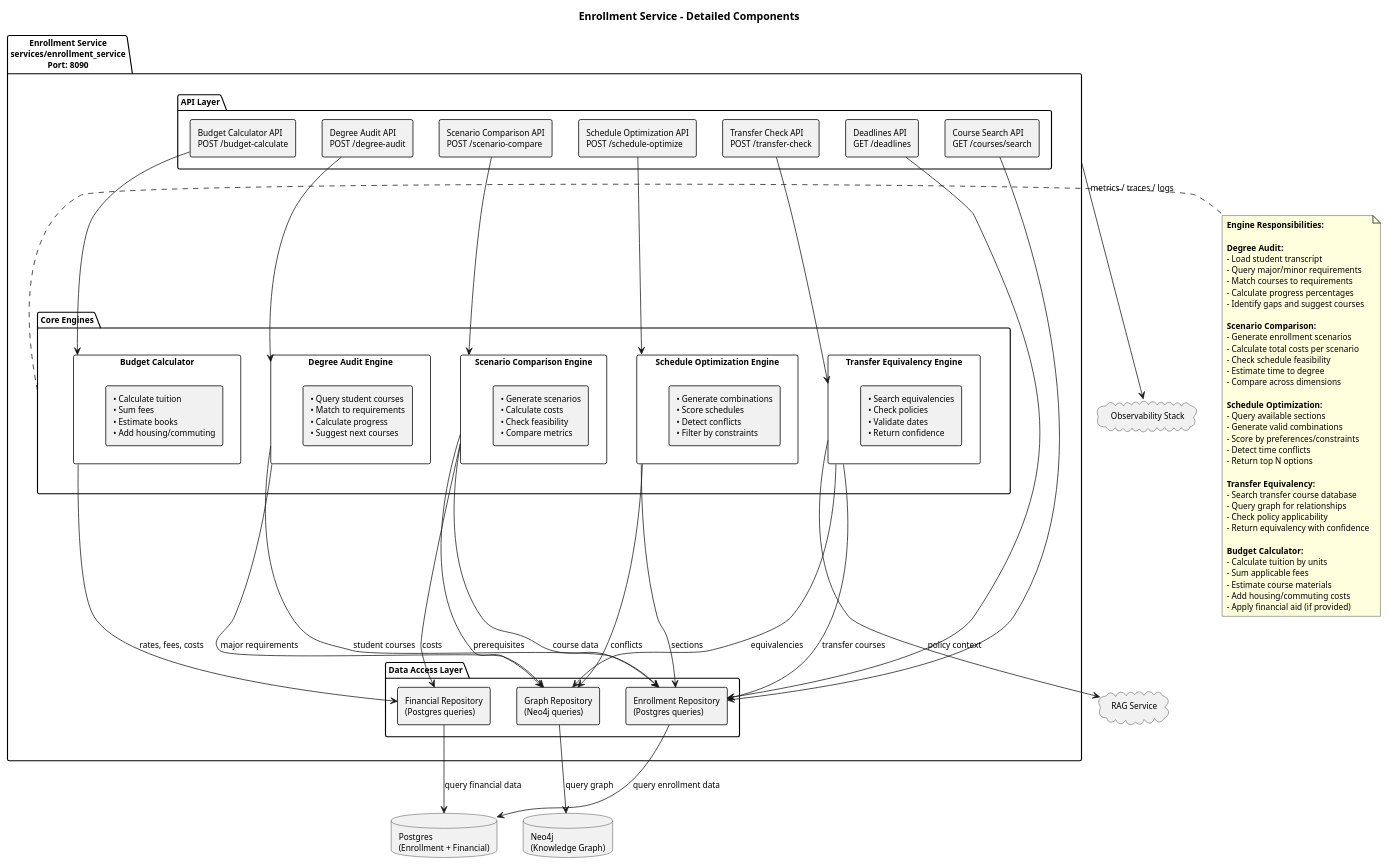
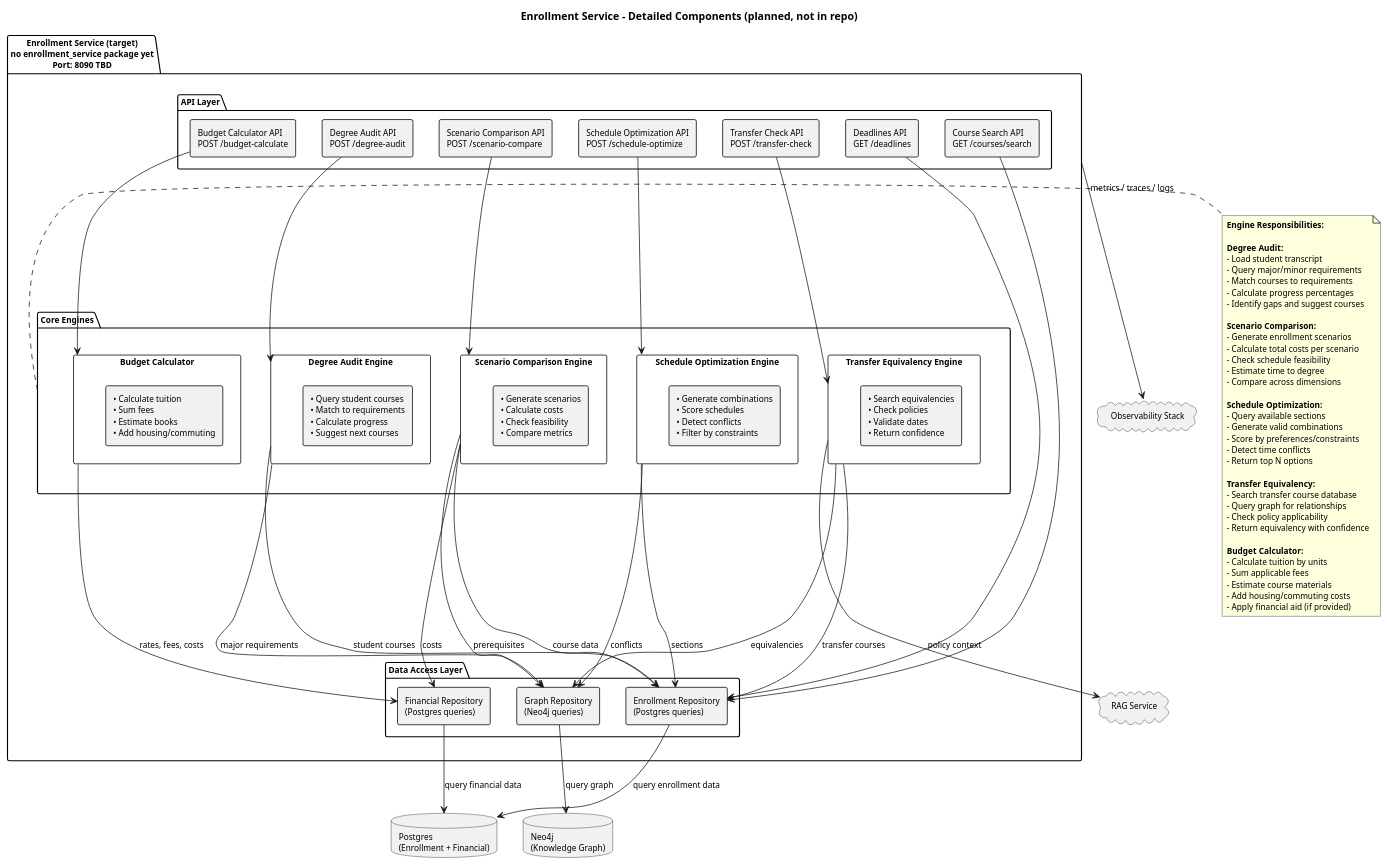
The diagram in docs/architecture/02_service/enrollment_service/A2_04_component_enrollment_service_detailed.puml (HenryNVP/enrollment-assistance), drawn with PlantUML before and after one commit. The commit also changed 42 other files, not shown here.

```diff
--- a/docs/architecture/02_service/enrollment_service/A2_04_component_enrollment_service_detailed.puml
+++ b/docs/architecture/02_service/enrollment_service/A2_04_component_enrollment_service_detailed.puml
@@ -1,127 +1,127 @@
 @startuml A2_04_component_enrollment_service_detailed
-title Enrollment Service – Detailed Components
+title Enrollment Service – Detailed Components (**planned**, not in repo)
 
 skinparam shadowing false
 skinparam defaultFontName Arial
 skinparam defaultFontSize 11
 skinparam rectangle {
   BorderColor #000000
   BorderThickness 1
 }
 
-package "Enrollment Service\nservices/enrollment_service\nPort: 8090" as ENROLLMENT_SERVICE {
+package "Enrollment Service (target)\nno enrollment_service package yet\nPort: 8090 TBD" as ENROLLMENT_SERVICE {
   
   package "API Layer" as API_LAYER {
     rectangle "Degree Audit API\nPOST /degree-audit" as DEGREE_API
     rectangle "Scenario Comparison API\nPOST /scenario-compare" as SCENARIO_API
     rectangle "Schedule Optimization API\nPOST /schedule-optimize" as SCHEDULE_API
     rectangle "Transfer Check API\nPOST /transfer-check" as TRANSFER_API
     rectangle "Budget Calculator API\nPOST /budget-calculate" as BUDGET_API
     rectangle "Course Search API\nGET /courses/search" as SEARCH_API
     rectangle "Deadlines API\nGET /deadlines" as DEADLINE_API
   }
   
   package "Core Engines" as ENGINES {
     rectangle "Degree Audit Engine" as DEGREE_ENGINE {
       rectangle "• Query student courses\n• Match to requirements\n• Calculate progress\n• Suggest next courses" as DEGREE_LOGIC
     }
     
     rectangle "Scenario Comparison Engine" as SCENARIO_ENGINE {
       rectangle "• Generate scenarios\n• Calculate costs\n• Check feasibility\n• Compare metrics" as SCENARIO_LOGIC
     }
     
     rectangle "Schedule Optimization Engine" as SCHEDULE_ENGINE {
       rectangle "• Generate combinations\n• Score schedules\n• Detect conflicts\n• Filter by constraints" as SCHEDULE_LOGIC
     }
     
     rectangle "Transfer Equivalency Engine" as TRANSFER_ENGINE {
       rectangle "• Search equivalencies\n• Check policies\n• Validate dates\n• Return confidence" as TRANSFER_LOGIC
     }
     
     rectangle "Budget Calculator" as BUDGET_CALC {
       rectangle "• Calculate tuition\n• Sum fees\n• Estimate books\n• Add housing/commuting" as BUDGET_LOGIC
     }
   }
   
   package "Data Access Layer" as DATA_LAYER {
     rectangle "Enrollment Repository\n(Postgres queries)" as ENROLL_REPO
     rectangle "Financial Repository\n(Postgres queries)" as FINANCIAL_REPO
     rectangle "Graph Repository\n(Neo4j queries)" as GRAPH_REPO
   }
 }
 
 ' External dependencies
 database "Postgres\n(Enrollment + Financial)" as PG_DB
 database "Neo4j\n(Knowledge Graph)" as NEO4J
 cloud "RAG Service" as RAG_SVC
 cloud "Observability Stack" as OBS
 
 ' API flow
 DEGREE_API --> DEGREE_ENGINE
 SCENARIO_API --> SCENARIO_ENGINE
 SCHEDULE_API --> SCHEDULE_ENGINE
 TRANSFER_API --> TRANSFER_ENGINE
 BUDGET_API --> BUDGET_CALC
 SEARCH_API --> ENROLL_REPO
 DEADLINE_API --> ENROLL_REPO
 
 ' Engine flow
 DEGREE_ENGINE --> ENROLL_REPO : student courses
 DEGREE_ENGINE --> GRAPH_REPO : major requirements
 SCENARIO_ENGINE --> ENROLL_REPO : course data
 SCENARIO_ENGINE --> FINANCIAL_REPO : costs
 SCENARIO_ENGINE --> GRAPH_REPO : prerequisites
 SCHEDULE_ENGINE --> ENROLL_REPO : sections
 SCHEDULE_ENGINE --> GRAPH_REPO : conflicts
 TRANSFER_ENGINE --> ENROLL_REPO : transfer courses
 TRANSFER_ENGINE --> GRAPH_REPO : equivalencies
 TRANSFER_ENGINE --> RAG_SVC : policy context
 BUDGET_CALC --> FINANCIAL_REPO : rates, fees, costs
 
 ' Data storage
 ENROLL_REPO --> PG_DB : query enrollment data
 FINANCIAL_REPO --> PG_DB : query financial data
 GRAPH_REPO --> NEO4J : query graph
 
 ' Observability
 ENROLLMENT_SERVICE --> OBS : metrics / traces / logs
 
 note right of ENGINES
 **Engine Responsibilities:**
 
 **Degree Audit:**
 - Load student transcript
 - Query major/minor requirements
 - Match courses to requirements
 - Calculate progress percentages
 - Identify gaps and suggest courses
 
 **Scenario Comparison:**
 - Generate enrollment scenarios
 - Calculate total costs per scenario
 - Check schedule feasibility
 - Estimate time to degree
 - Compare across dimensions
 
 **Schedule Optimization:**
 - Query available sections
 - Generate valid combinations
 - Score by preferences/constraints
 - Detect time conflicts
 - Return top N options
 
 **Transfer Equivalency:**
 - Search transfer course database
 - Query graph for relationships
 - Check policy applicability
 - Return equivalency with confidence
 
 **Budget Calculator:**
 - Calculate tuition by units
 - Sum applicable fees
 - Estimate course materials
 - Add housing/commuting costs
 - Apply financial aid (if provided)
 end note
 
 @enduml
```
